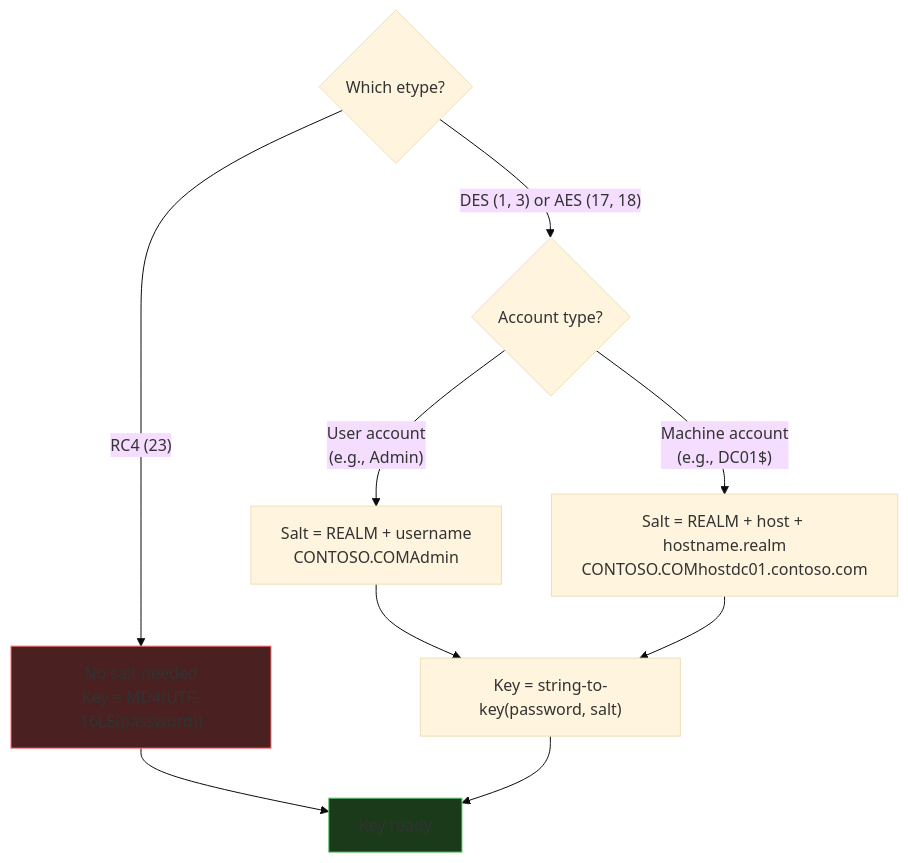
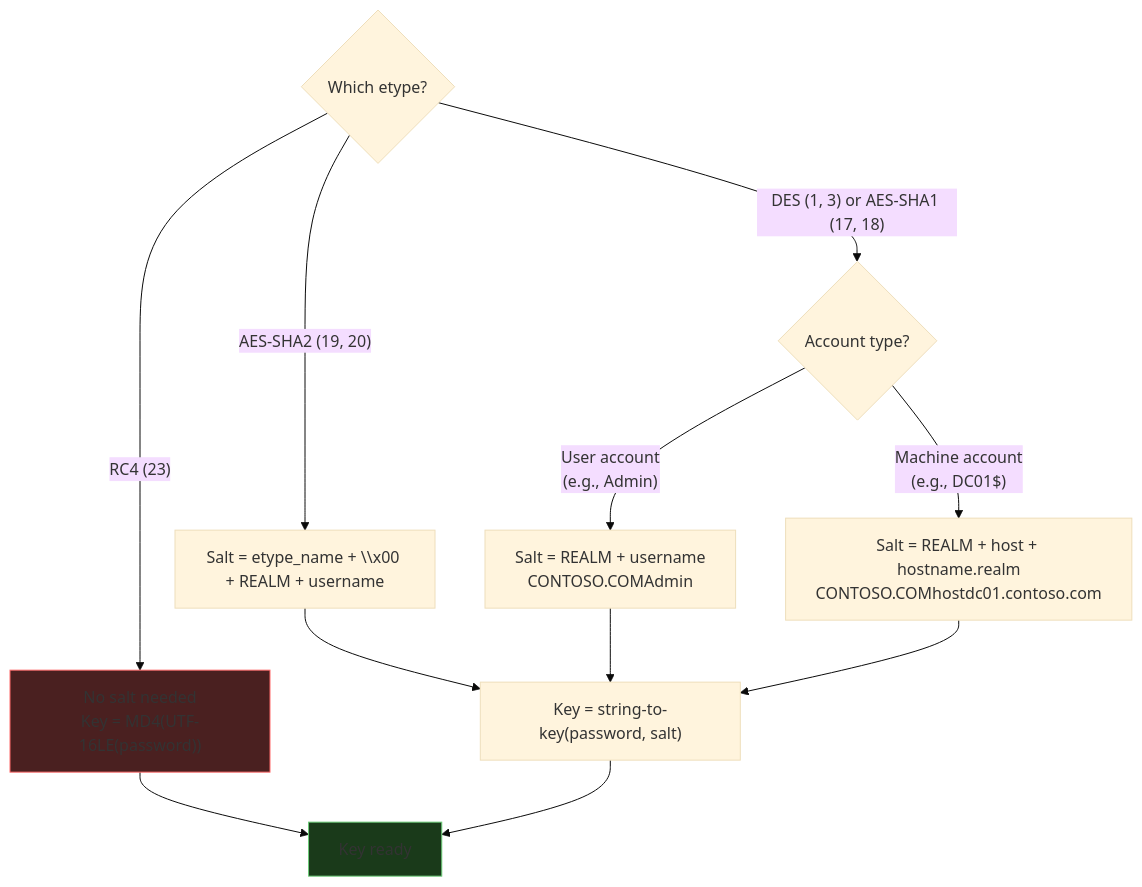
Before and after one commit to StrongWind1/KerbWolf: the second of 4 diagrams in docs/guide/encryption-types.md, drawn with Mermaid (base theme). The commit also changed other lines of this file and 4 other files, not shown here.

````diff
--- a/docs/guide/encryption-types.md
+++ b/docs/guide/encryption-types.md
@@ -108,15 +130,17 @@
 ```mermaid
 flowchart TD
     A{Which etype?} -->|"RC4 (23)"| B["No salt needed<br/>Key = MD4(UTF-16LE(password))"]
-    A -->|"DES (1, 3) or AES (17, 18)"| C{Account type?}
+    A -->|"DES (1, 3) or AES-SHA1 (17, 18)"| C{Account type?}
+    A -->|"AES-SHA2 (19, 20)"| S["Salt = etype_name + \\x00 + REALM + username"]
+    S --> F
 
     C -->|"User account<br/>(e.g., Admin)"| D["Salt = REALM + username<br/>CONTOSO.COMAdmin"]
     C -->|"Machine account<br/>(e.g., DC01$)"| E["Salt = REALM + host + hostname.realm<br/>CONTOSO.COMhostdc01.contoso.com"]
 
     D & E --> F["Key = string-to-key(password, salt)"]
     B --> G["Key ready"]
     F --> G
 
     style B fill:#4a2020,stroke:#ff6b6b
     style G fill:#1a3a1a,stroke:#6bcb77
 ```
````
